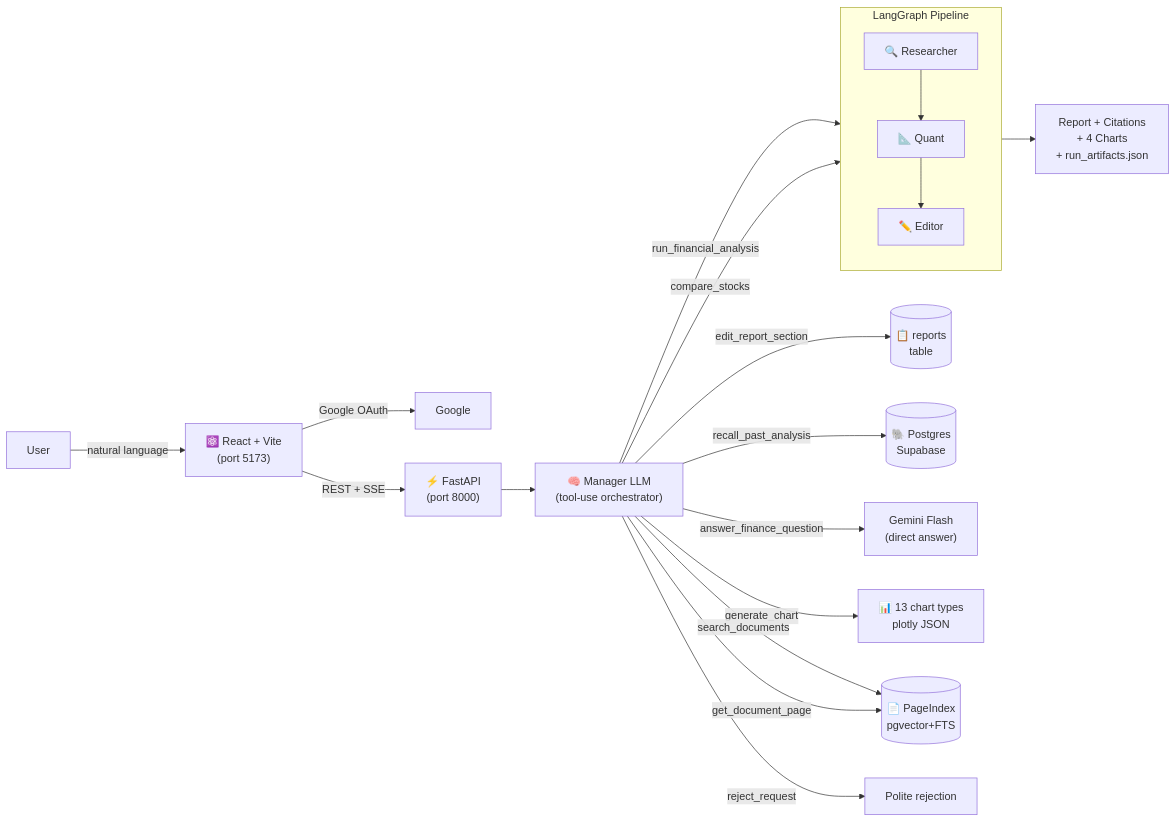
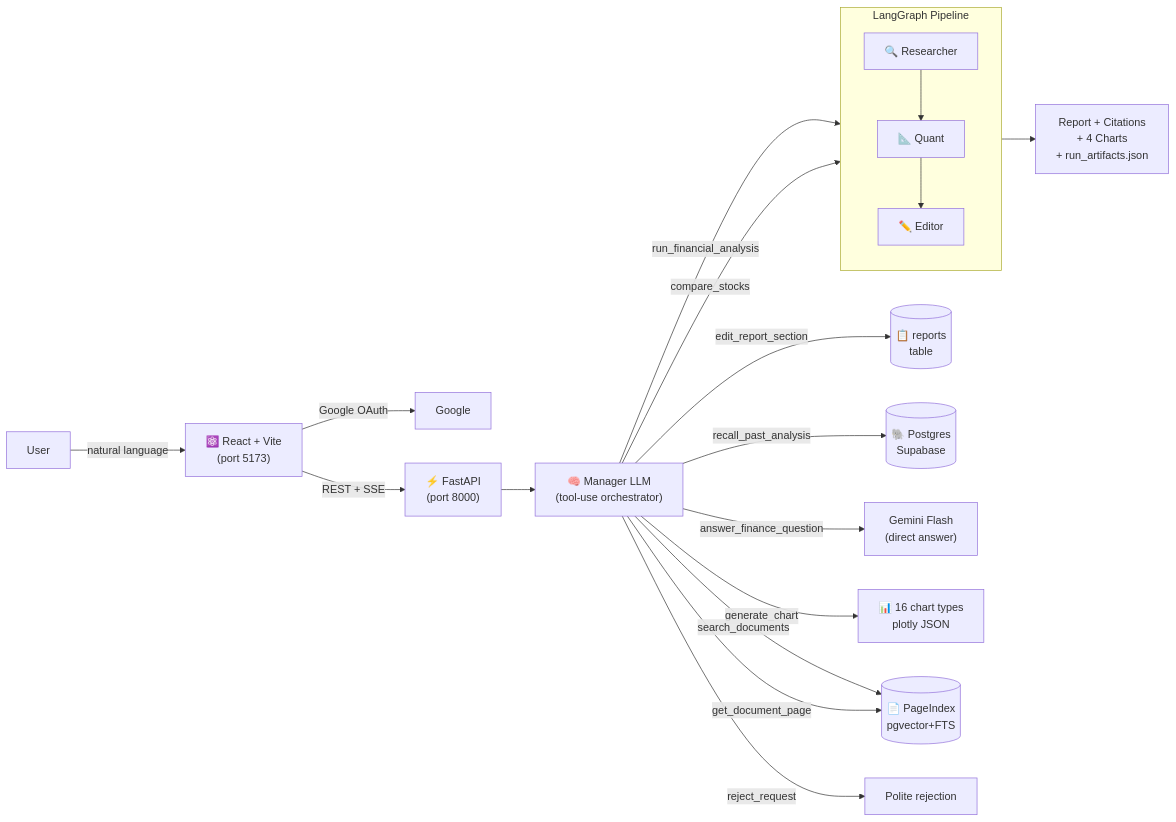
Before and after one commit to MTawhid7/ai-financial-analysis-agent: the diagram in README.md, drawn with Mermaid. The commit also changed other lines of this file and 41 other files, not shown here.

````diff
--- a/README.md
+++ b/README.md
@@ -49,23 +49,23 @@
 ```mermaid
 flowchart LR
     User -->|natural language| React["⚛️ React + Vite\n(port 5173)"]
     React -->|Google OAuth| Google[Google]
     React -->|REST + SSE| API["⚡ FastAPI\n(port 8000)"]
     API --> MGR["🧠 Manager LLM\n(tool-use orchestrator)"]
 
     MGR -->|run_financial_analysis| Pipeline
     MGR -->|compare_stocks| Pipeline
     MGR -->|edit_report_section| DB2[("📋 reports\ntable")]
     MGR -->|recall_past_analysis| DB[("🐘 Postgres\nSupabase")]
     MGR -->|answer_finance_question| LLM["Gemini Flash\n(direct answer)"]
-    MGR -->|generate_chart| Charts["📊 13 chart types\nplotly JSON"]
+    MGR -->|generate_chart| Charts["📊 16 chart types\nplotly JSON"]
     MGR -->|search_documents| PageIdx[("📄 PageIndex\npgvector+FTS")]
     MGR -->|get_document_page| PageIdx
     MGR -->|reject_request| Reject["Polite rejection"]
 
     subgraph Pipeline ["LangGraph Pipeline"]
         R["🔍 Researcher"] --> Q["📐 Quant"] --> E["✏️ Editor"]
     end
 
     Pipeline --> Report["Report + Citations\n+ 4 Charts\n+ run_artifacts.json"]
 ```
````
